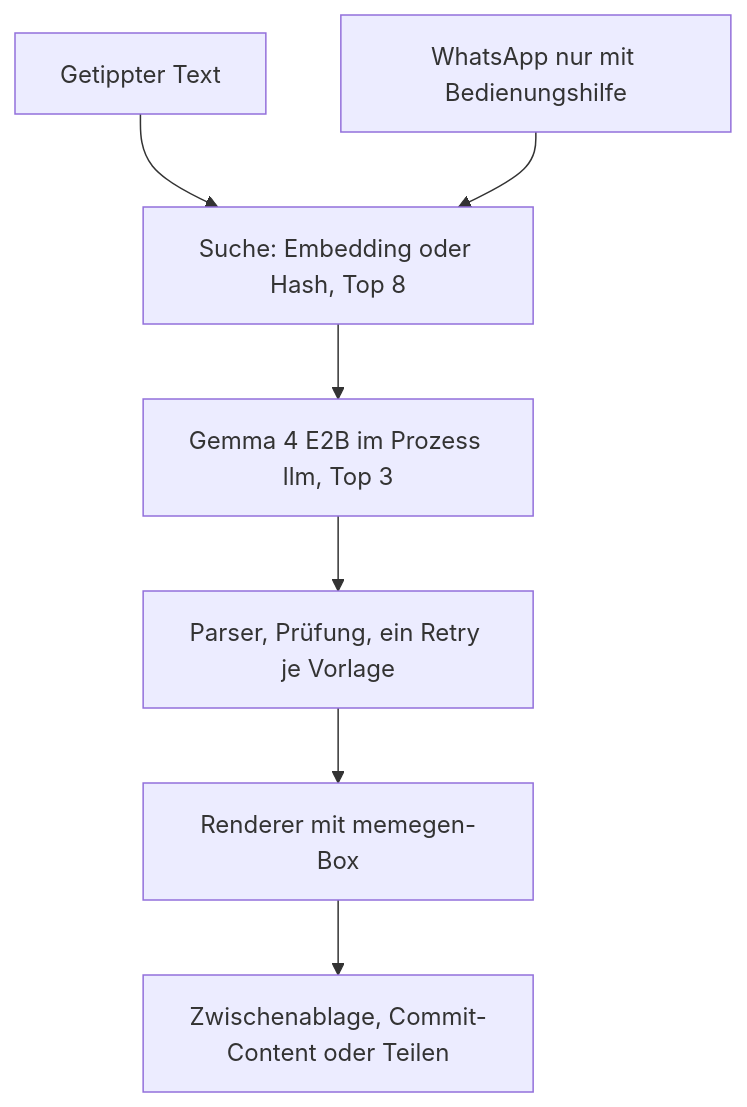
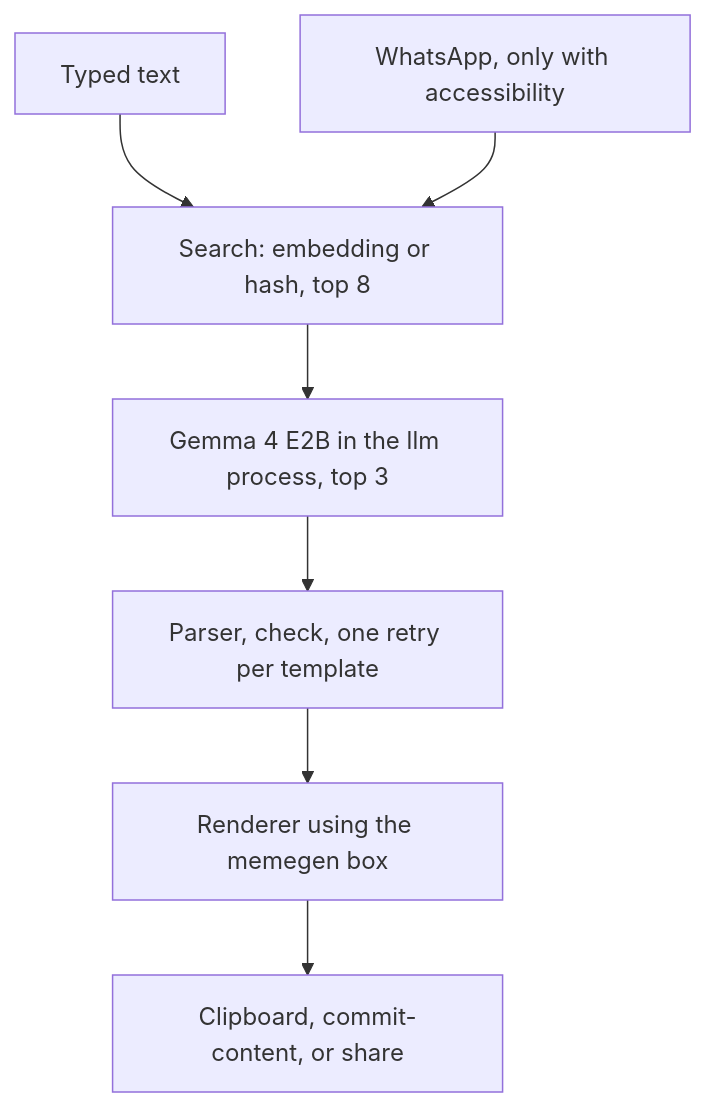
The diagram in README.md (slickdajackson/MemEm), drawn with Mermaid before and after one commit. The commit also changed other lines of this file and 5 other files, not shown here.

````diff
--- a/README.md
+++ b/README.md
@@ -35,16 +37,16 @@
 ```mermaid
 flowchart TD
-    tippen[Getippter Text]
-    chat[WhatsApp nur mit Bedienungshilfe]
-    suche[Suche: Embedding oder Hash, Top 8]
-    gemma[Gemma 4 E2B im Prozess llm, Top 3]
-    pruefung[Parser, Prüfung, ein Retry je Vorlage]
-    bild[Renderer mit memegen-Box]
-    feld[Zwischenablage, Commit-Content oder Teilen]
-    tippen --> suche
-    chat --> suche
-    suche --> gemma
-    gemma --> pruefung
-    pruefung --> bild
-    bild --> feld
+    typed[Typed text]
+    chat[WhatsApp, only with accessibility]
+    search[Search: embedding or hash, top 8]
+    gemma[Gemma 4 E2B in the llm process, top 3]
+    check[Parser, check, one retry per template]
+    render[Renderer using the memegen box]
+    field[Clipboard, commit-content, or share]
+    typed --> search
+    chat --> search
+    search --> gemma
+    gemma --> check
+    check --> render
+    render --> field
 ```
````
